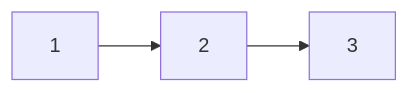
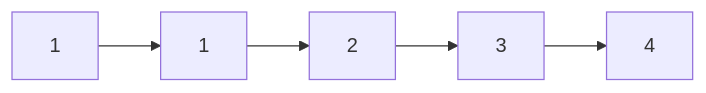
Before and after one commit to TransonQ/quanscheng: the second of 2 diagrams in docs/algorithm/链表.md, drawn with Mermaid. The commit also changed other lines of this file and 9 other files, not shown here.

````diff
--- a/docs/algorithm/链表.md
+++ b/docs/algorithm/链表.md
@@ -3,6 +16,4 @@
    ```mermaid
    flowchart LR
-   
-   1[1]-->2[2]-->3[3]
- 
-    ```
+   a[1]-->b[1]-->2-->3-->4
+   ```
````
